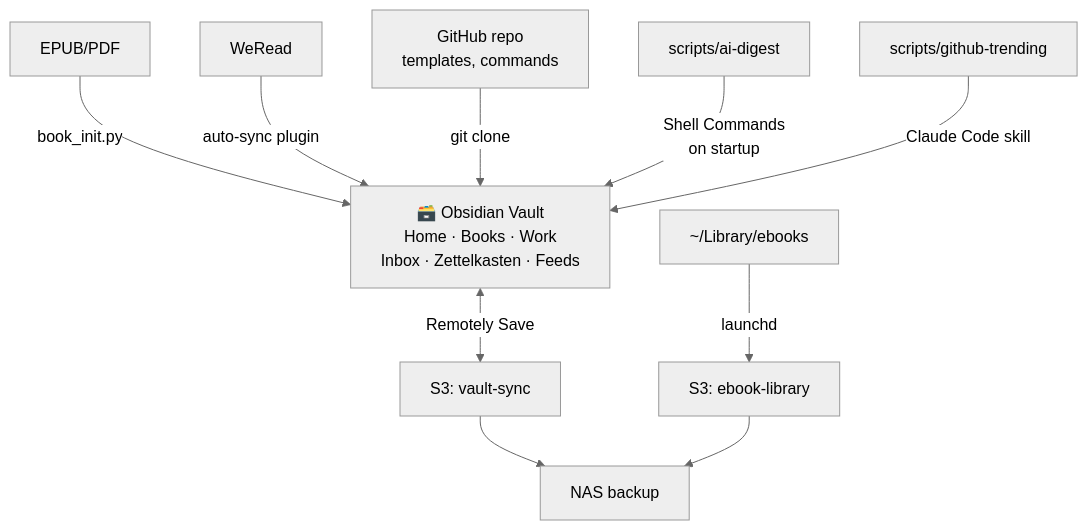
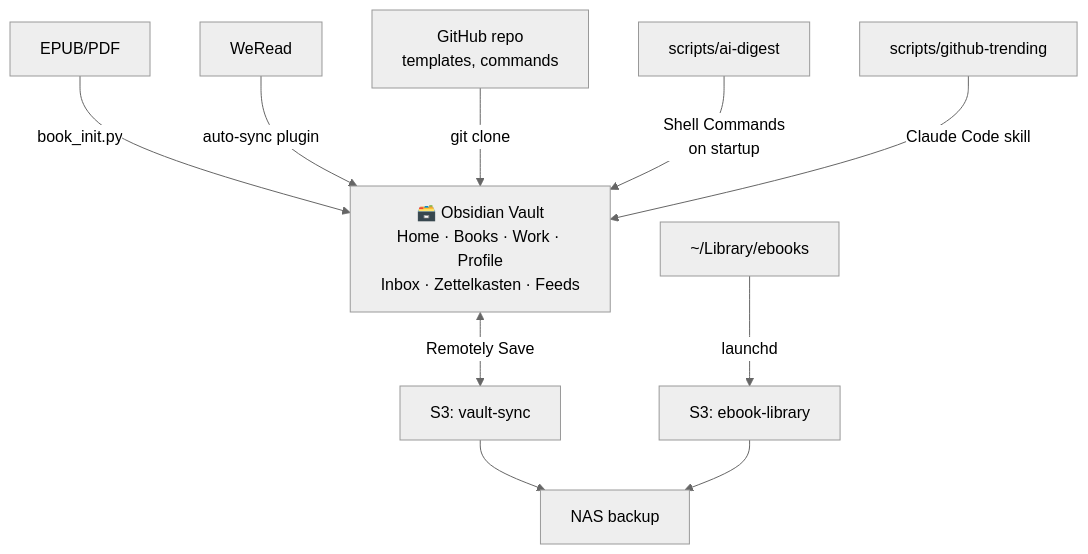
One commit to yepengfan/obsidian-workflow changed the first of 3 diagrams in README.md. Above: the diagram before and after it, drawn with Mermaid (neutral theme). The commit also changed other lines of this file and 4 other files, not shown here.

````diff
--- a/README.md
+++ b/README.md
@@ -59,15 +61,15 @@
 ```mermaid
 graph TD
     EPUB[EPUB/PDF] -->|book_init.py| Vault
     WR[WeRead] -->|auto-sync plugin| Vault
     SYS[GitHub repo<br/>templates, commands] -->|git clone| Vault
     DIGEST[scripts/ai-digest] -->|Shell Commands<br/>on startup| Vault
     GHTREND[scripts/github-trending] -->|Claude Code skill| Vault
 
-    Vault["🗃️ Obsidian Vault<br/>Home · Books · Work<br/>Inbox · Zettelkasten · Feeds"]
+    Vault["🗃️ Obsidian Vault<br/>Home · Books · Work · Profile<br/>Inbox · Zettelkasten · Feeds"]
 
     Vault <-->|Remotely Save| S3V[S3: vault-sync]
     EBOOKS[~/Library/ebooks] -->|launchd| S3E[S3: ebook-library]
     S3V --> BACKUP[NAS backup]
     S3E --> BACKUP
 ```
````
